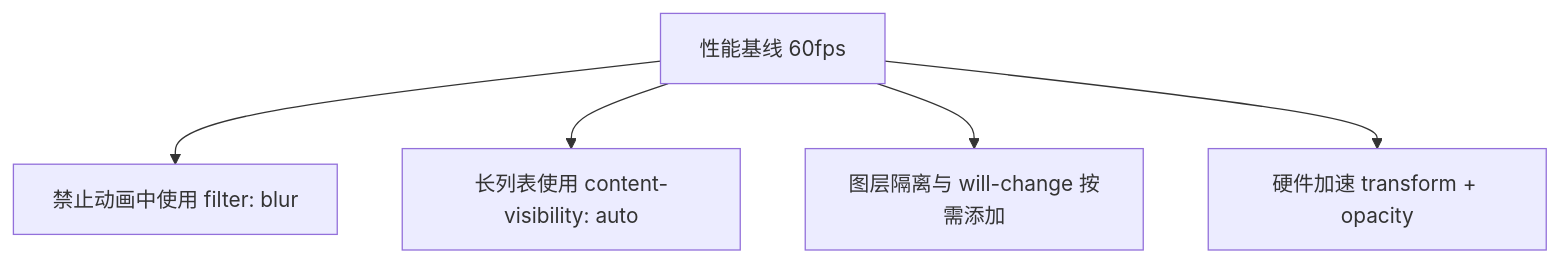
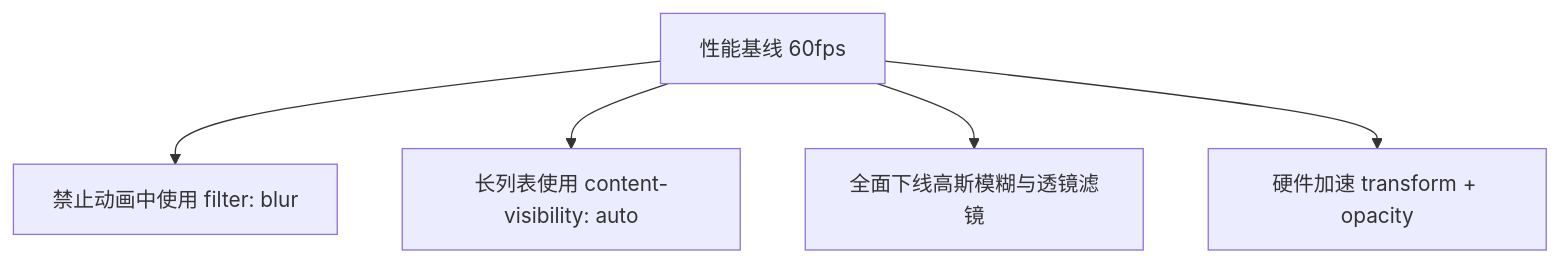
One commit to Misakii1k/xiaoyaohe changed the third of 3 diagrams in design/design.md. Above: the diagram before and after it, drawn with Mermaid. The commit also changed other lines of this file and 29 other files, not shown here.

````diff
--- a/design/design.md
+++ b/design/design.md
@@ -338,7 +394,7 @@
 ```mermaid
 graph TD
   P1[性能基线 60fps] --> R1[禁止动画中使用 filter: blur]
   P1 --> R2[长列表使用 content-visibility: auto]
-  P1 --> R3[图层隔离与 will-change 按需添加]
+  P1 --> R3[全面下线高斯模糊与透镜滤镜]
   P1 --> R4[硬件加速 transform + opacity]
 ```
````
